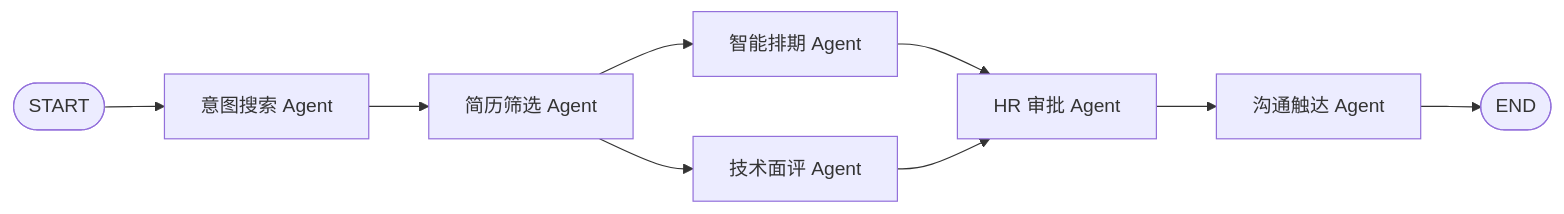
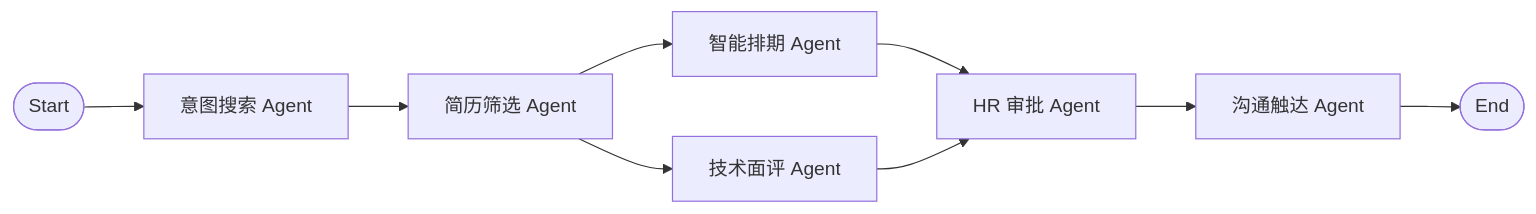
The diagram in README.md (libo14/zhipin-agent), drawn with Mermaid before and after one commit. The commit also changed other lines of this file, not shown here.

````diff
--- a/README.md
+++ b/README.md
@@ -50,11 +35,11 @@
 ```mermaid
 flowchart LR
-    START([START]) --> Intent["意图搜索 Agent"]
+    Start([Start]) --> Intent["意图搜索 Agent"]
     Intent --> Screening["简历筛选 Agent"]
     Screening --> Schedule["智能排期 Agent"]
     Screening --> Interview["技术面评 Agent"]
     Schedule --> Approval["HR 审批 Agent"]
     Interview --> Approval
     Approval --> Communication["沟通触达 Agent"]
-    Communication --> END([END])
+    Communication --> End([End])
 ```
````
